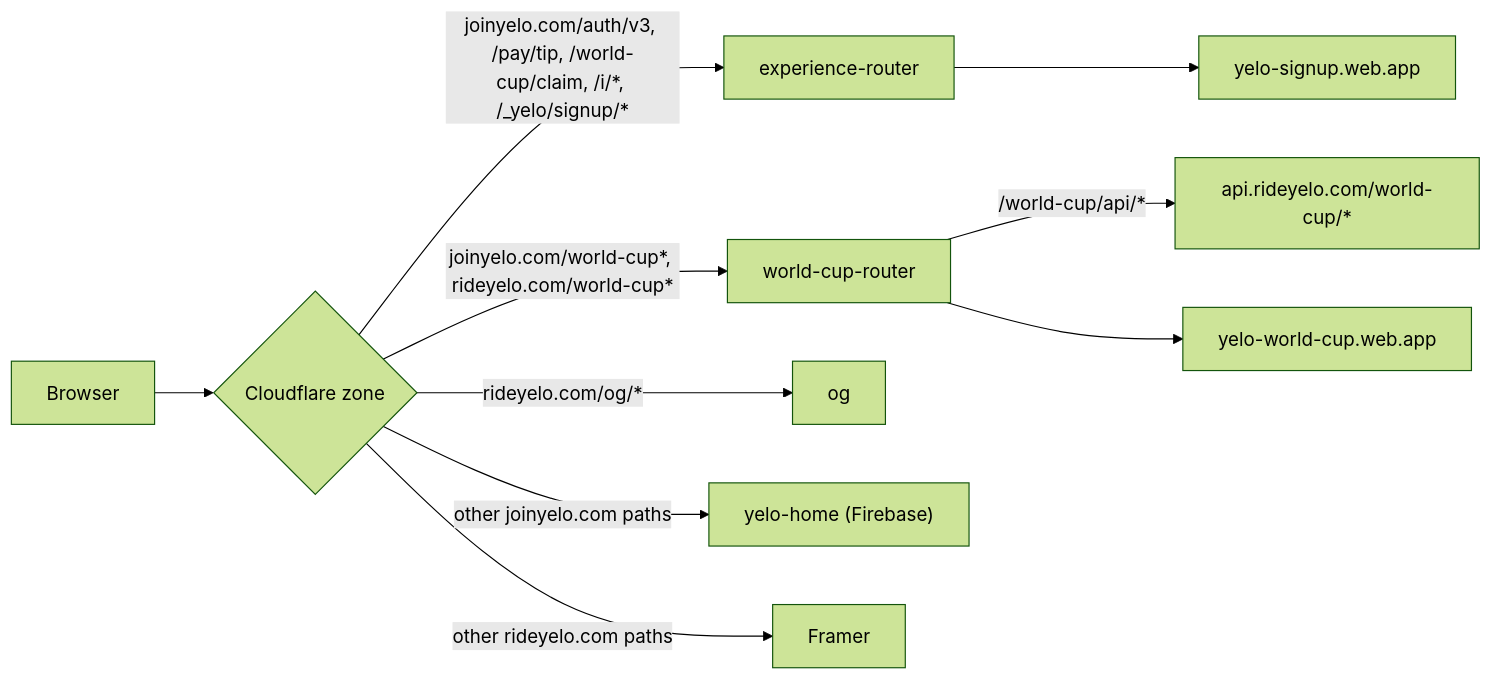
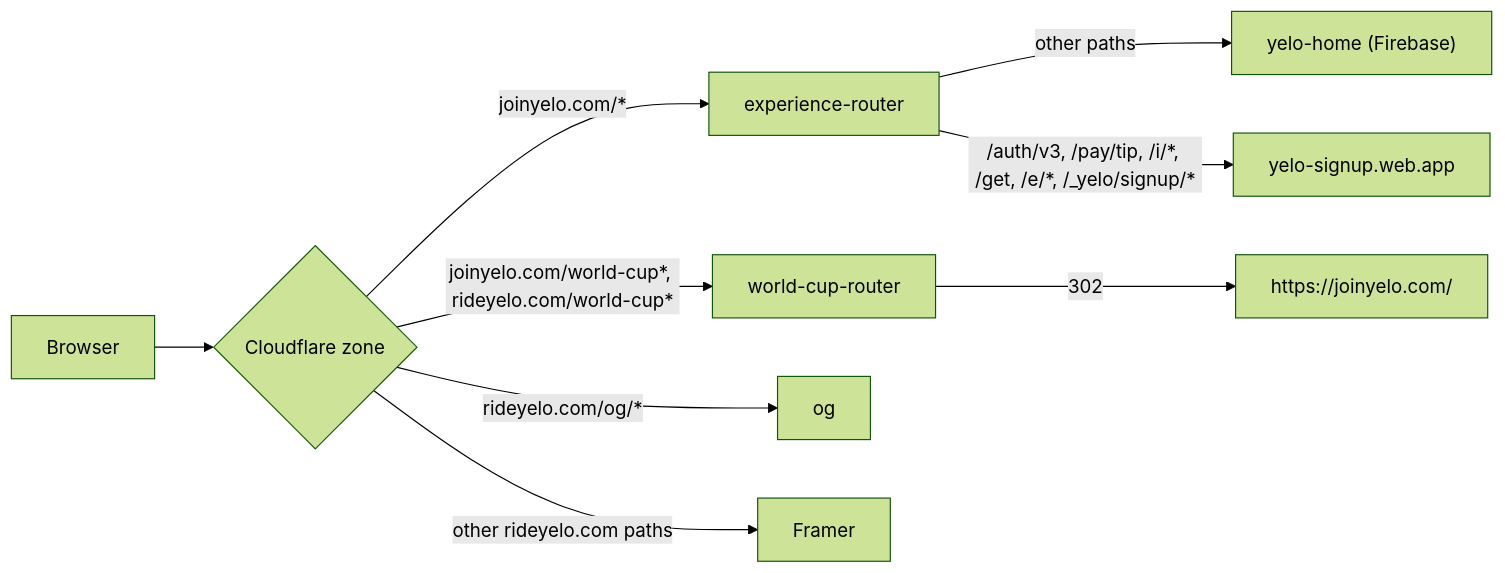
One commit to rideyelo/docs changed the diagram in engineering/web/edge-and-routing.mdx. Above: the diagram before and after it, drawn with Mermaid (forest theme). The commit also changed other lines of this file and 59 other files, not shown here.

````diff
--- a/engineering/web/edge-and-routing.mdx
+++ b/engineering/web/edge-and-routing.mdx
@@ -21,12 +21,11 @@
 ```mermaid
 flowchart LR
   U["Browser"] --> CF{"Cloudflare zone"}
-  CF -->|"joinyelo.com/auth/v3, /pay/tip, /world-cup/claim, /i/*, /_yelo/signup/*"| ER["experience-router"]
+  CF -->|"joinyelo.com/*"| ER["experience-router"]
   CF -->|"joinyelo.com/world-cup*, rideyelo.com/world-cup*"| WR["world-cup-router"]
   CF -->|"rideyelo.com/og/*"| OG["og"]
-  CF -->|"other joinyelo.com paths"| HOME["yelo-home (Firebase)"]
+  ER -->|"other paths"| HOME["yelo-home (Firebase)"]
   CF -->|"other rideyelo.com paths"| FR["Framer"]
-  ER --> SU["yelo-signup.web.app"]
-  WR -->|"/world-cup/api/*"| API["api.rideyelo.com/world-cup/*"]
-  WR --> WC["yelo-world-cup.web.app"]
+  ER -->|"/auth/v3, /pay/tip, /i/*, /get, /e/*, /_yelo/signup/*"| SU["yelo-signup.web.app"]
+  WR -->|"302"| HOMEURL["https://joinyelo.com/"]
 ```
````
